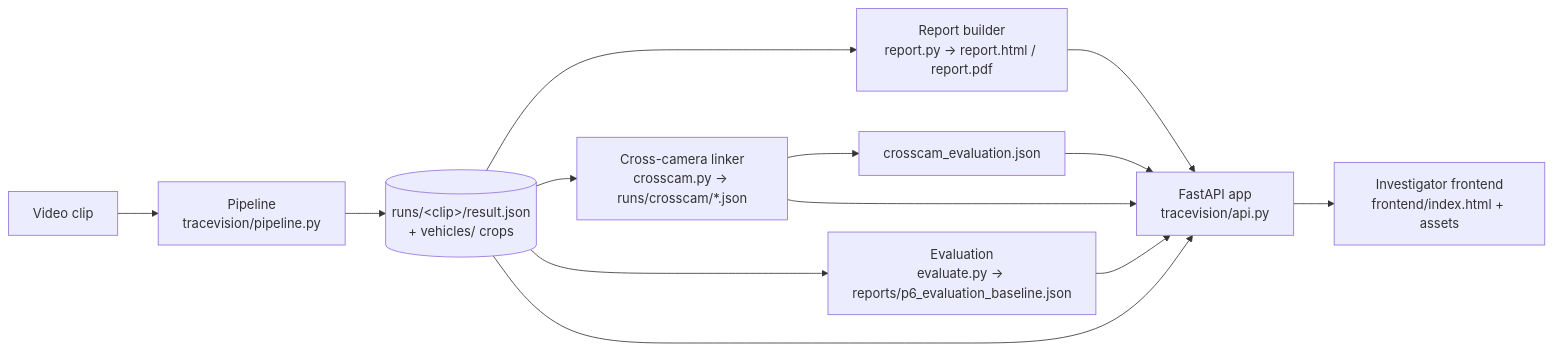
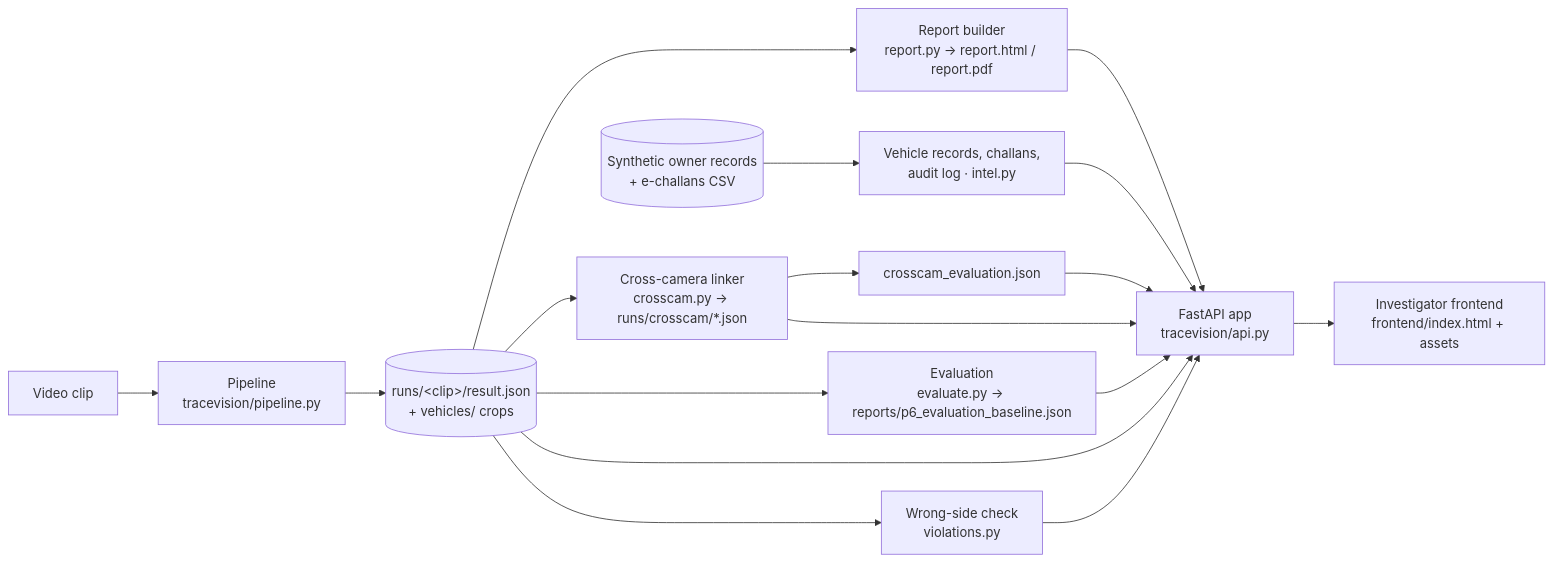
Before and after one commit to JustinSantosh/trace_vision_nebula: the first of 4 diagrams in TECHNICAL_ARCHITECTURE.md, drawn with Mermaid. The commit also changed other lines of this file and 11 other files, not shown here.

````diff
--- a/TECHNICAL_ARCHITECTURE.md
+++ b/TECHNICAL_ARCHITECTURE.md
@@ -7,11 +7,14 @@
 ```mermaid
 flowchart LR
   V[Video clip] --> P[Pipeline<br/>tracevision/pipeline.py]
   P --> R[(runs/&lt;clip&gt;/result.json<br/>+ vehicles/ crops)]
   R --> REP[Report builder<br/>report.py → report.html / report.pdf]
   R --> X[Cross-camera linker<br/>crosscam.py → runs/crosscam/*.json]
   R --> EV[Evaluation<br/>evaluate.py → reports/p6_evaluation_baseline.json]
   X --> XE[crosscam_evaluation.json]
   R & REP & X & EV & XE --> API[FastAPI app<br/>tracevision/api.py]
+  R --> VI[Wrong-side check<br/>violations.py]
+  SYN[(Synthetic owner records<br/>+ e-challans CSV)] --> IN[Vehicle records, challans,<br/>audit log · intel.py]
+  VI & IN --> API
   API --> UI[Investigator frontend<br/>frontend/index.html + assets]
 ```
````
